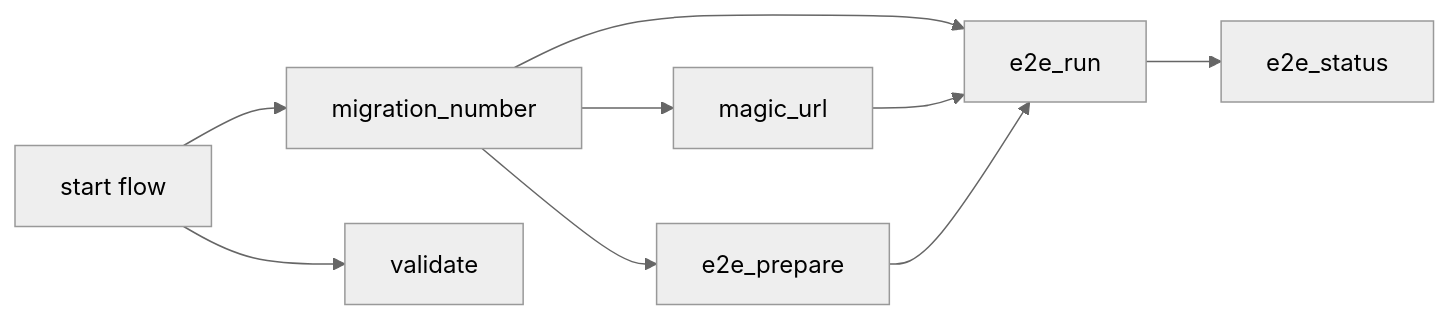
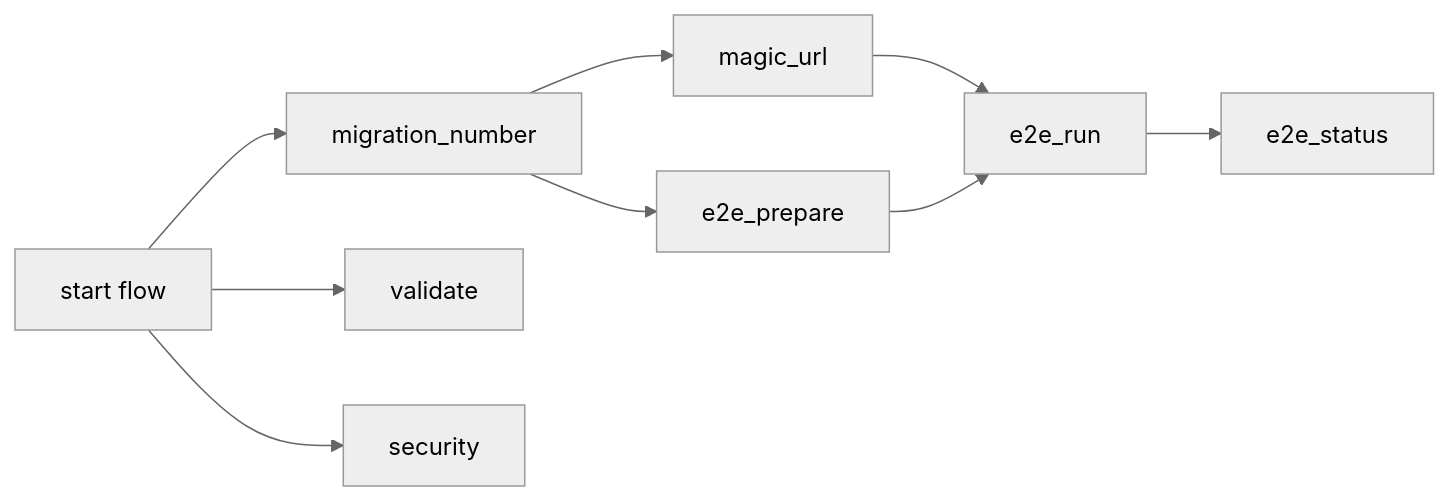
Before and after one commit to JupiterOne/.github: the third of 3 diagrams in .github/workflows/docs/frontend/frontend_runtime_application_pr.md, drawn with Mermaid (neutral theme). The commit also changed other lines of this file and 21 other files, not shown here.

````diff
--- a/.github/workflows/docs/frontend/frontend_runtime_application_pr.md
+++ b/.github/workflows/docs/frontend/frontend_runtime_application_pr.md
@@ -118,22 +122,24 @@
 ```mermaid
 graph LR;
     A[start flow];
 
     B[migration_number];
     C[validate];
     D[magic_url];
     E[e2e_prepare];
     F[e2e_run];
     G[e2e_status];
+    H[security];
 
     B --> D;
     B --> E;
-    B --> F;
     D --> F;
     E --> F;
 
     F --> G;
 
     A --> B;
     A --> C;
+
+    A --> H
 ```
````
